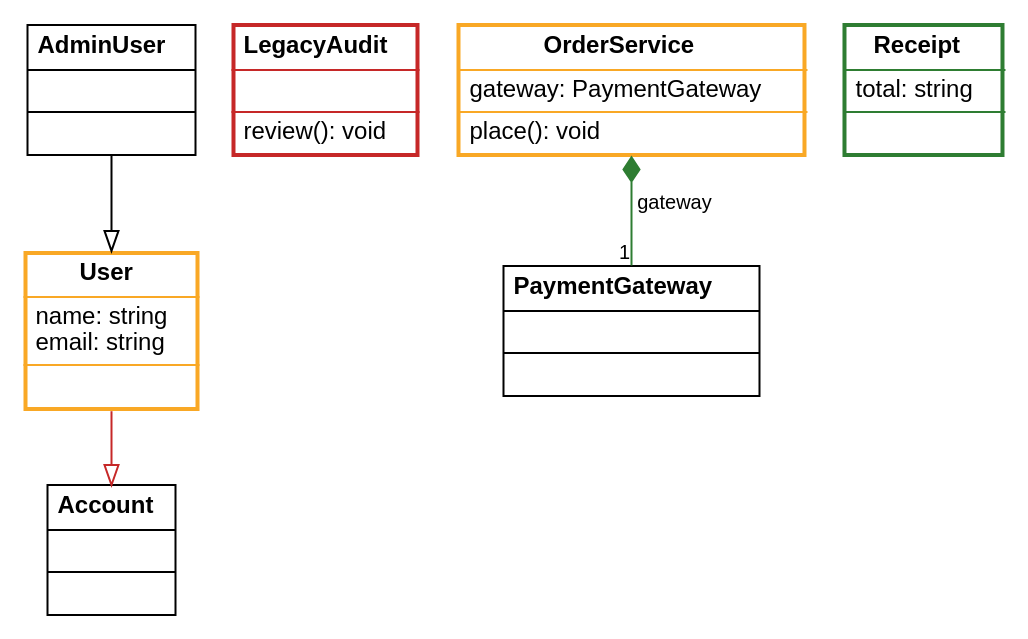
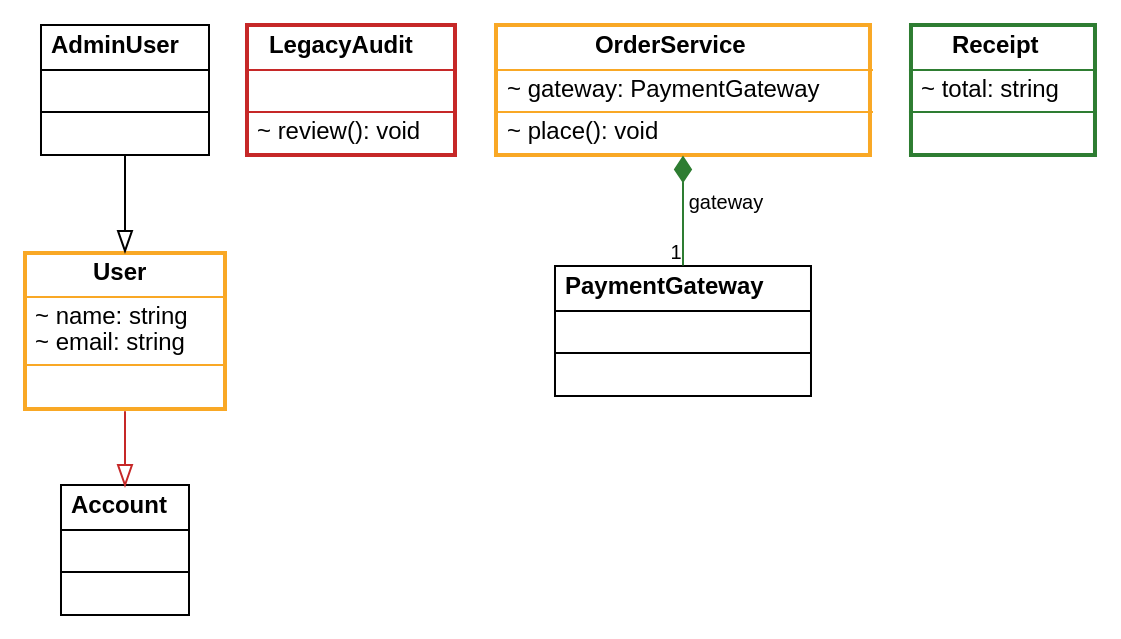
One commit to pauljohanneskraft/Acai changed the diagram in Examples/ClassDiagramDiff/Exports/typescript.delta.dot. Above: the diagram before and after it, drawn with Graphviz. The commit also changed 85 other files, not shown here.

```diff
--- a/Examples/ClassDiagramDiff/Exports/typescript.delta.dot
+++ b/Examples/ClassDiagramDiff/Exports/typescript.delta.dot
@@ -1,18 +1,18 @@
 digraph UML {
   rankdir=TB;
   compound=true;
   fontname="Helvetica";
   fontsize=12;
   node [shape=none margin=0 fontname="Helvetica" fontsize=12];
   edge [fontname="Helvetica" fontsize=10];
   "Account" [label=<<TABLE BORDER="1" CELLBORDER="0" CELLSPACING="0" CELLPADDING="4"><TR><TD ALIGN="CENTER"><B>Account</B></TD></TR><HR/><TR><TD ALIGN="LEFT"> </TD></TR><HR/><TR><TD ALIGN="LEFT"> </TD></TR></TABLE>>];
   "AdminUser" [label=<<TABLE BORDER="1" CELLBORDER="0" CELLSPACING="0" CELLPADDING="4"><TR><TD ALIGN="CENTER"><B>AdminUser</B></TD></TR><HR/><TR><TD ALIGN="LEFT"> </TD></TR><HR/><TR><TD ALIGN="LEFT"> </TD></TR></TABLE>>];
-  "LegacyAudit" [label=<<TABLE BORDER="2" CELLBORDER="0" CELLSPACING="0" CELLPADDING="4" COLOR="#c62828"><TR><TD ALIGN="CENTER"><B>LegacyAudit</B></TD></TR><HR/><TR><TD ALIGN="LEFT"> </TD></TR><HR/><TR><TD ALIGN="LEFT">review(): void<BR ALIGN="LEFT"/></TD></TR></TABLE>>];
-  "OrderService" [label=<<TABLE BORDER="2" CELLBORDER="0" CELLSPACING="0" CELLPADDING="4" COLOR="#f9a825"><TR><TD ALIGN="CENTER"><B>OrderService</B></TD></TR><HR/><TR><TD ALIGN="LEFT">gateway: PaymentGateway<BR ALIGN="LEFT"/></TD></TR><HR/><TR><TD ALIGN="LEFT">place(): void<BR ALIGN="LEFT"/></TD></TR></TABLE>>];
+  "LegacyAudit" [label=<<TABLE BORDER="2" CELLBORDER="0" CELLSPACING="0" CELLPADDING="4" COLOR="#c62828"><TR><TD ALIGN="CENTER"><B>LegacyAudit</B></TD></TR><HR/><TR><TD ALIGN="LEFT"> </TD></TR><HR/><TR><TD ALIGN="LEFT">~ review(): void<BR ALIGN="LEFT"/></TD></TR></TABLE>>];
+  "OrderService" [label=<<TABLE BORDER="2" CELLBORDER="0" CELLSPACING="0" CELLPADDING="4" COLOR="#f9a825"><TR><TD ALIGN="CENTER"><B>OrderService</B></TD></TR><HR/><TR><TD ALIGN="LEFT">~ gateway: PaymentGateway<BR ALIGN="LEFT"/></TD></TR><HR/><TR><TD ALIGN="LEFT">~ place(): void<BR ALIGN="LEFT"/></TD></TR></TABLE>>];
   "PaymentGateway" [label=<<TABLE BORDER="1" CELLBORDER="0" CELLSPACING="0" CELLPADDING="4"><TR><TD ALIGN="CENTER"><B>PaymentGateway</B></TD></TR><HR/><TR><TD ALIGN="LEFT"> </TD></TR><HR/><TR><TD ALIGN="LEFT"> </TD></TR></TABLE>>];
-  "Receipt" [label=<<TABLE BORDER="2" CELLBORDER="0" CELLSPACING="0" CELLPADDING="4" COLOR="#2e7d32"><TR><TD ALIGN="CENTER"><B>Receipt</B></TD></TR><HR/><TR><TD ALIGN="LEFT">total: string<BR ALIGN="LEFT"/></TD></TR><HR/><TR><TD ALIGN="LEFT"> </TD></TR></TABLE>>];
-  "User" [label=<<TABLE BORDER="2" CELLBORDER="0" CELLSPACING="0" CELLPADDING="4" COLOR="#f9a825"><TR><TD ALIGN="CENTER"><B>User</B></TD></TR><HR/><TR><TD ALIGN="LEFT">name: string<BR ALIGN="LEFT"/>email: string<BR ALIGN="LEFT"/></TD></TR><HR/><TR><TD ALIGN="LEFT"> </TD></TR></TABLE>>];
+  "Receipt" [label=<<TABLE BORDER="2" CELLBORDER="0" CELLSPACING="0" CELLPADDING="4" COLOR="#2e7d32"><TR><TD ALIGN="CENTER"><B>Receipt</B></TD></TR><HR/><TR><TD ALIGN="LEFT">~ total: string<BR ALIGN="LEFT"/></TD></TR><HR/><TR><TD ALIGN="LEFT"> </TD></TR></TABLE>>];
+  "User" [label=<<TABLE BORDER="2" CELLBORDER="0" CELLSPACING="0" CELLPADDING="4" COLOR="#f9a825"><TR><TD ALIGN="CENTER"><B>User</B></TD></TR><HR/><TR><TD ALIGN="LEFT">~ name: string<BR ALIGN="LEFT"/>~ email: string<BR ALIGN="LEFT"/></TD></TR><HR/><TR><TD ALIGN="LEFT"> </TD></TR></TABLE>>];
   "AdminUser" -> "User" [arrowhead=empty style=solid];
   "OrderService" -> "PaymentGateway" [dir=back arrowtail=diamond color="#2e7d32" label="gateway" headlabel="1"];
   "User" -> "Account" [arrowhead=empty style=solid color="#c62828"];
 }
```
